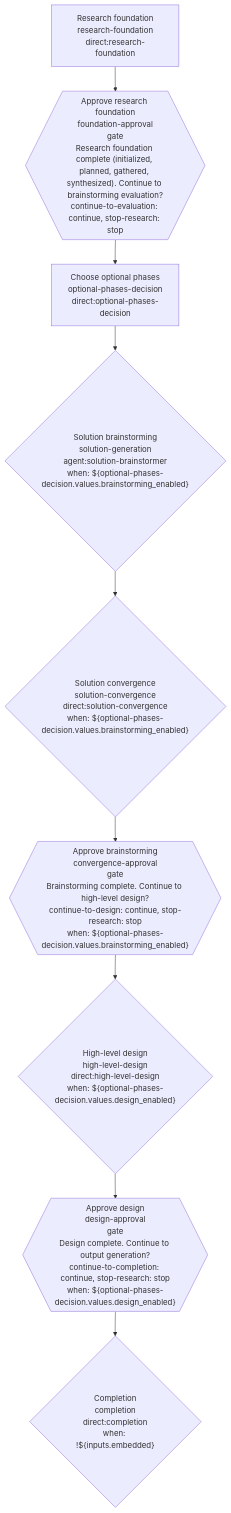
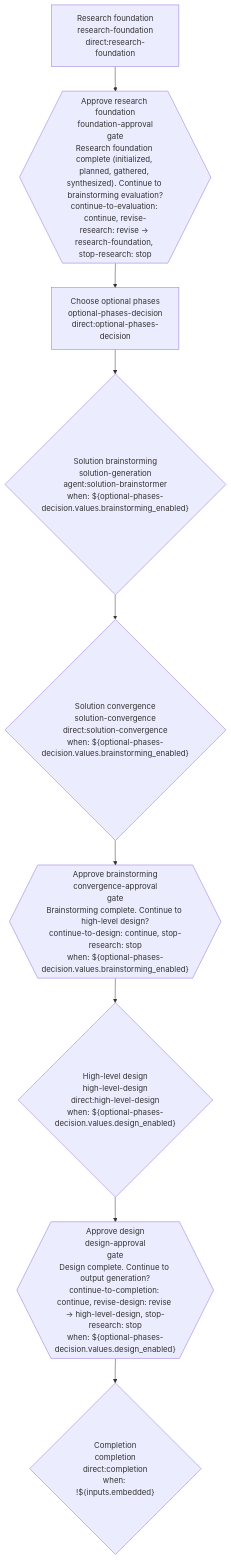
Before and after one commit to SkillPanel/maister: the diagram in plugins/maister/skills/workflow-engine/workflows/research.mmd, drawn with Mermaid. The commit also changed 11 other files, not shown here.

First line of the commit message:
Give the built-in approval gates a revise option

```diff
--- a/plugins/maister/skills/workflow-engine/workflows/research.mmd
+++ b/plugins/maister/skills/workflow-engine/workflows/research.mmd
@@ -1,24 +1,24 @@
 %% generated from the workflow definition — regenerate, do not edit
 %% workflow: research
-%% graph_hash: sha256:9365d6f29c2c98e80323b21080b64510167bd17d2744baa3b0bfeed69b5b8f7b
+%% graph_hash: sha256:9f630c840853fc14cdaf02766ea844823099d7d90e8b9c05dcfd7d3b50e7b4ee
 
 flowchart TD
   n_research_foundation["Research foundation<br/>research-foundation<br/>direct:research-foundation"]
-  n_foundation_approval{{"Approve research foundation<br/>foundation-approval<br/>gate<br/>Research foundation complete (initialized, planned, gathered, synthesized). Continue to brainstorming evaluation?<br/>continue-to-evaluation: continue, stop-research: stop"}}
+  n_foundation_approval{{"Approve research foundation<br/>foundation-approval<br/>gate<br/>Research foundation complete (initialized, planned, gathered, synthesized). Continue to brainstorming evaluation?<br/>continue-to-evaluation: continue, revise-research: revise → research-foundation, stop-research: stop"}}
   n_optional_phases_decision["Choose optional phases<br/>optional-phases-decision<br/>direct:optional-phases-decision"]
   n_solution_generation{"Solution brainstorming<br/>solution-generation<br/>agent:solution-brainstormer<br/>when: ${optional-phases-decision.values.brainstorming_enabled}"}
   n_solution_convergence{"Solution convergence<br/>solution-convergence<br/>direct:solution-convergence<br/>when: ${optional-phases-decision.values.brainstorming_enabled}"}
   n_convergence_approval{{"Approve brainstorming<br/>convergence-approval<br/>gate<br/>Brainstorming complete. Continue to high-level design?<br/>continue-to-design: continue, stop-research: stop<br/>when: ${optional-phases-decision.values.brainstorming_enabled}"}}
   n_high_level_design{"High-level design<br/>high-level-design<br/>direct:high-level-design<br/>when: ${optional-phases-decision.values.design_enabled}"}
-  n_design_approval{{"Approve design<br/>design-approval<br/>gate<br/>Design complete. Continue to output generation?<br/>continue-to-completion: continue, stop-research: stop<br/>when: ${optional-phases-decision.values.design_enabled}"}}
+  n_design_approval{{"Approve design<br/>design-approval<br/>gate<br/>Design complete. Continue to output generation?<br/>continue-to-completion: continue, revise-design: revise → high-level-design, stop-research: stop<br/>when: ${optional-phases-decision.values.design_enabled}"}}
   n_completion{"Completion<br/>completion<br/>direct:completion<br/>when: !${inputs.embedded}"}
   n_research_foundation --> n_foundation_approval
   n_foundation_approval --> n_optional_phases_decision
   n_optional_phases_decision --> n_solution_generation
   n_solution_generation --> n_solution_convergence
   n_solution_convergence --> n_convergence_approval
   n_convergence_approval --> n_high_level_design
   n_high_level_design --> n_design_approval
   n_design_approval --> n_completion
   class n_foundation_approval,n_convergence_approval,n_design_approval gate
   class n_solution_generation,n_solution_convergence,n_convergence_approval,n_high_level_design,n_design_approval,n_completion conditional
```
